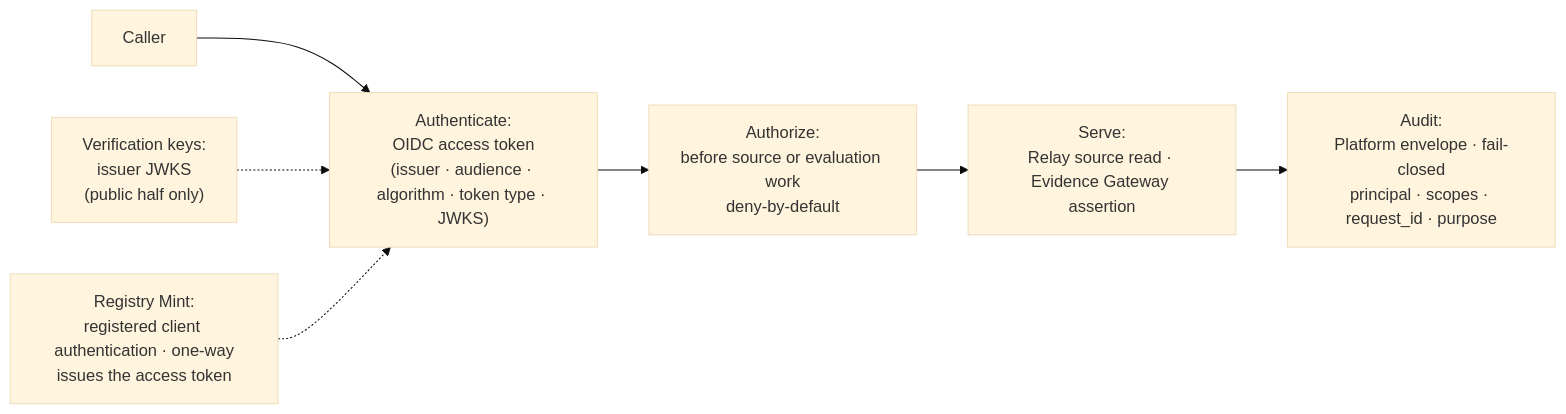
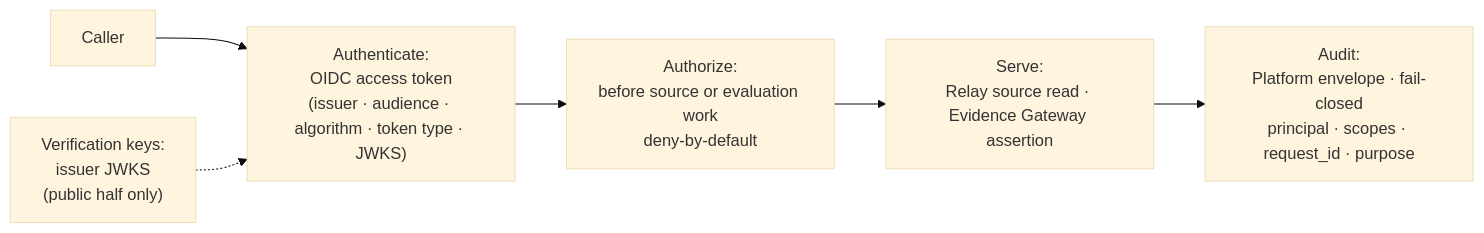
One commit to registrystack/registry-stack changed the diagram in docs/site/src/content/docs/spec/rs-sec-g.mdx. Above: the diagram before and after it, drawn with Mermaid (base theme). The commit also changed other lines of this file and 81 other files, not shown here.

Commit message:
docs: retire current Registry Mint guidance

````diff
--- a/docs/site/src/content/docs/spec/rs-sec-g.mdx
+++ b/docs/site/src/content/docs/spec/rs-sec-g.mdx
@@ -78,11 +77,10 @@
 ```mermaid
 flowchart LR
     caller["Caller"]
     authn["Authenticate:<br/>OIDC access token<br/>(issuer · audience · algorithm · token type · JWKS)"]
     authz["Authorize:<br/>before source or evaluation work<br/>deny-by-default"]
     serve["Serve:<br/>Relay source read · Evidence Gateway assertion"]
     audit["Audit:<br/>Platform envelope · fail-closed<br/>principal · scopes · request_id · purpose"]
     caller --> authn --> authz --> serve --> audit
     keys["Verification keys:<br/>issuer JWKS<br/>(public half only)"] -.-> authn
-    mint["Registry Mint:<br/>registered client authentication · one-way<br/>issues the access token"] -.-> authn
 ```
````
